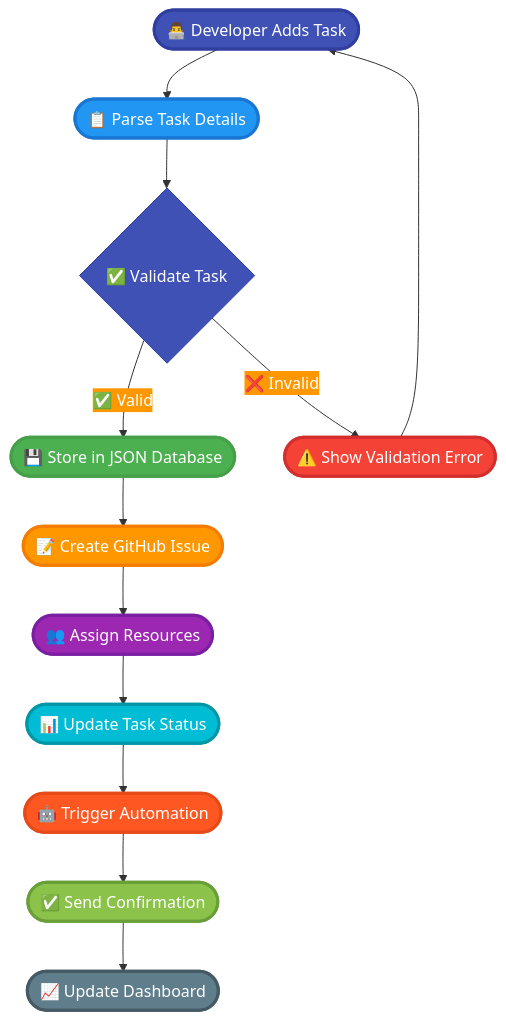
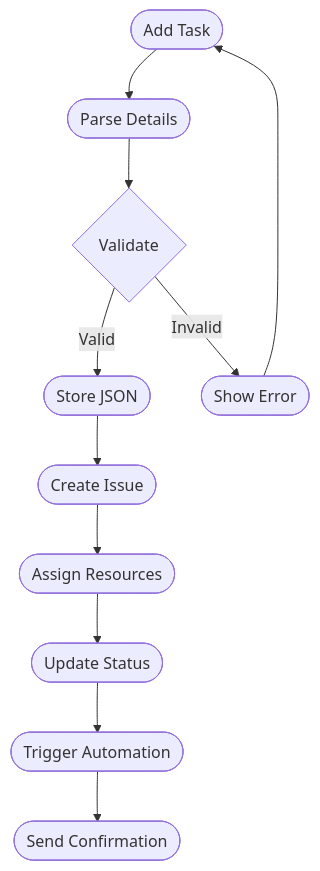
The fourth of 9 diagrams in README.md (Shakour-Data/AutoProjectManagement), drawn with Mermaid before and after one commit. The commit also changed other lines of this file, not shown here.

````diff
--- a/README.md
+++ b/README.md
@@ -119,26 +59,13 @@
 ```mermaid
-%%{init: {'theme':'base', 'themeVariables': { 'primaryColor': '#3F51B5', 'primaryTextColor': '#fff', 'primaryBorderColor': '#303F9F', 'lineColor': '#333', 'secondaryColor': '#FF9800', 'tertiaryColor': '#fff'}}}%%
 flowchart TD
-    A([👨‍💻 Developer Adds Task]) --> B([📋 Parse Task Details])
-    B --> C{✅ Validate Task}
-    C -->|✅ Valid| D([💾 Store in JSON Database])
-    C -->|❌ Invalid| E([⚠️ Show Validation Error])
+    A([Add Task]) --> B([Parse Details])
+    B --> C{Validate}
+    C -->|Valid| D([Store JSON])
+    C -->|Invalid| E([Show Error])
     E --> A
-    D --> F([📝 Create GitHub Issue])
-    F --> G([👥 Assign Resources])
-    G --> H([📊 Update Task Status])
-    H --> I([🤖 Trigger Automation])
-    I --> J([✅ Send Confirmation])
-    J --> K([📈 Update Dashboard])
-    
-    style A fill:#3F51B5,stroke:#303F9F,stroke-width:3px,color:#fff
-    style B fill:#2196F3,stroke:#1976D2,stroke-width:3px,color:#fff
-    style D fill:#4CAF50,stroke:#45a049,stroke-width:3px,color:#fff
-    style E fill:#F44336,stroke:#D32F2F,stroke-width:3px,color:#fff
-    style F fill:#FF9800,stroke:#F57C00,stroke-width:3px,color:#fff
-    style G fill:#9C27B0,stroke:#7B1FA2,stroke-width:3px,color:#fff
-    style H fill:#00BCD4,stroke:#0097A7,stroke-width:3px,color:#fff
-    style I fill:#FF5722,stroke:#E64A19,stroke-width:3px,color:#fff
-    style J fill:#8BC34A,stroke:#689F38,stroke-width:3px,color:#fff
-    style K fill:#607D8B,stroke:#455A64,stroke-width:3px,color:#fff
+    D --> F([Create Issue])
+    F --> G([Assign Resources])
+    G --> H([Update Status])
+    H --> I([Trigger Automation])
+    I --> J([Send Confirmation])
 ```
````
